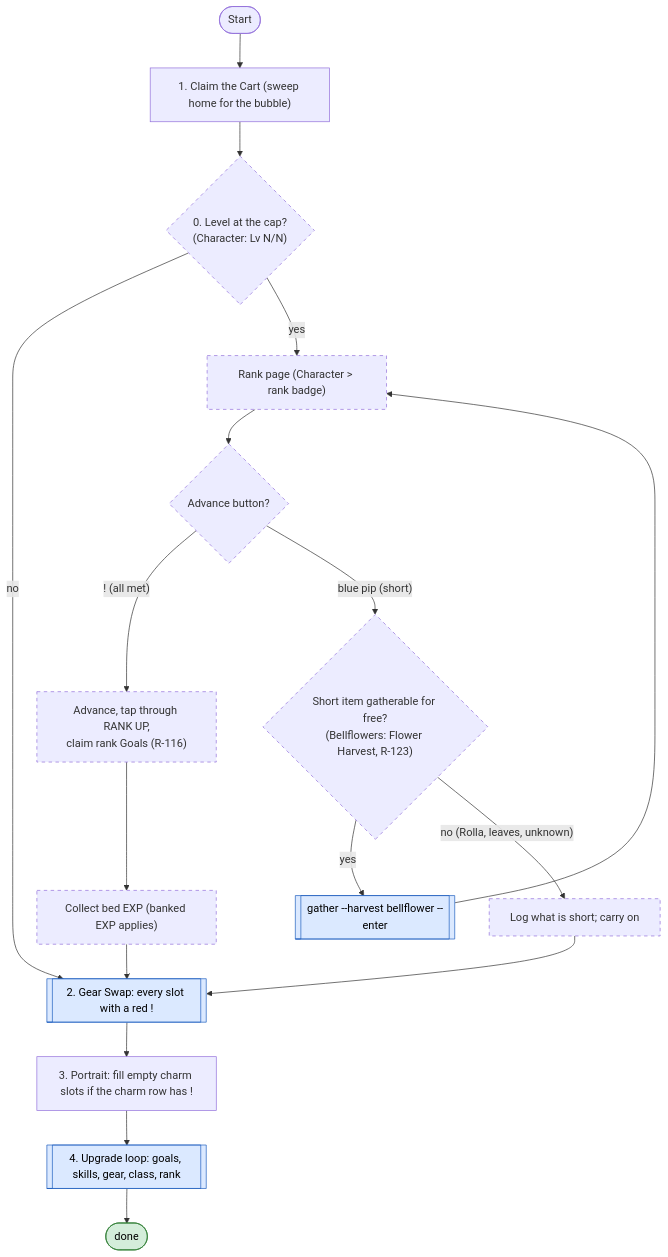
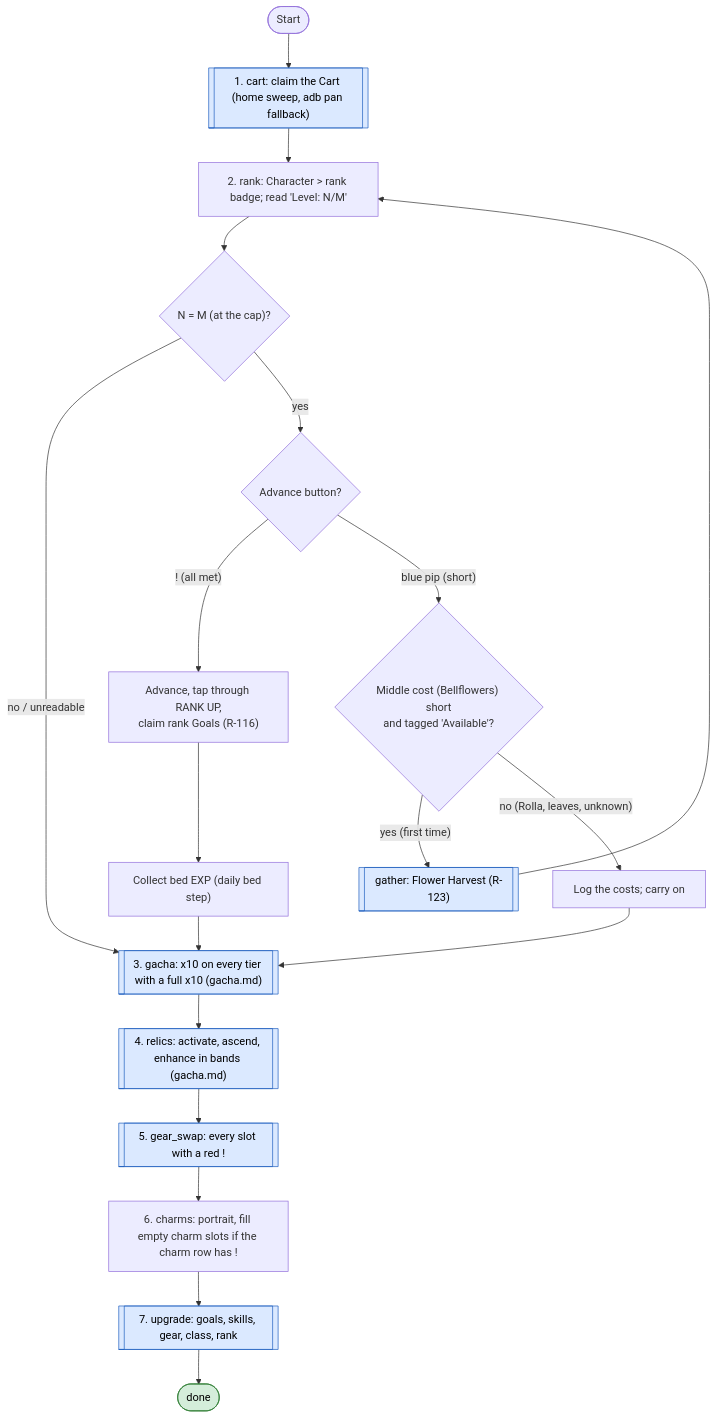
One commit to Sun-flow/sxs-agent changed the third of 3 diagrams in docs/loops/upgrade.md. Above: the diagram before and after it, drawn with Mermaid. The commit also changed other lines of this file and 24 other files, not shown here.

````diff
--- a/docs/loops/upgrade.md
+++ b/docs/loops/upgrade.md
@@ -87,22 +89,22 @@
 ```mermaid
 flowchart TD
-    S(["Start"]) --> A["1. Claim the Cart (sweep home for the bubble)"]
-    A --> CAP{"0. Level at the cap?<br/>(Character: Lv N/N)"}
-    CAP -->|no| B
-    CAP -->|yes| RP["Rank page (Character > rank badge)"]
-    RP --> RA{"Advance button?"}
-    RA -->|"! (all met)"| ADV["Advance, tap through RANK UP,<br/>claim rank Goals (R-116)"] --> BED["Collect bed EXP (banked EXP applies)"] --> B
-    RA -->|"blue pip (short)"| SH{"Short item gatherable for free?<br/>(Bellflowers: Flower Harvest, R-123)"}
-    SH -->|yes| GA[["gather --harvest bellflower --enter"]] --> RP
-    SH -->|"no (Rolla, leaves, unknown)"| NOTE["Log what is short; carry on"] --> B
-    B[["2. Gear Swap: every slot with a red !"]]
-    B --> C["3. Portrait: fill empty charm slots if the charm row has !"]
-    C --> D[["4. Upgrade loop: goals, skills, gear, class, rank"]]
+    S(["Start"]) --> A[["1. cart: claim the Cart (home sweep, adb pan fallback)"]]
+    A --> RP["2. rank: Character > rank badge; read 'Level: N/M'"]
+    RP --> CAP{"N = M (at the cap)?"}
+    CAP -->|"no / unreadable"| GA
+    CAP -->|yes| RA{"Advance button?"}
+    RA -->|"! (all met)"| ADV["Advance, tap through RANK UP,<br/>claim rank Goals (R-116)"] --> BED["Collect bed EXP (daily bed step)"] --> GA
+    RA -->|"blue pip (short)"| SH{"Middle cost (Bellflowers) short<br/>and tagged 'Available'?"}
+    SH -->|"yes (first time)"| GAT[["gather: Flower Harvest (R-123)"]] --> RP
+    SH -->|"no (Rolla, leaves, unknown)"| NOTE["Log the costs; carry on"] --> GA
+    GA[["3. gacha: x10 on every tier with a full x10 (gacha.md)"]]
+    GA --> RL[["4. relics: activate, ascend, enhance in bands (gacha.md)"]]
+    RL --> B[["5. gear_swap: every slot with a red !"]]
+    B --> C["6. charms: portrait, fill empty charm slots if the charm row has !"]
+    C --> D[["7. upgrade: goals, skills, gear, class, rank"]]
     D --> OK(["done"])
     classDef ok fill:#d4edda,stroke:#2e7d32,color:#000
     classDef sub fill:#dbe9ff,stroke:#1f5fbf,color:#000
-    classDef plan stroke-dasharray: 5 5
     class OK ok
-    class B,D,GA sub
-    class CAP,RP,RA,ADV,BED,SH,NOTE plan
+    class A,B,D,GA,RL,GAT sub
 ```
````
